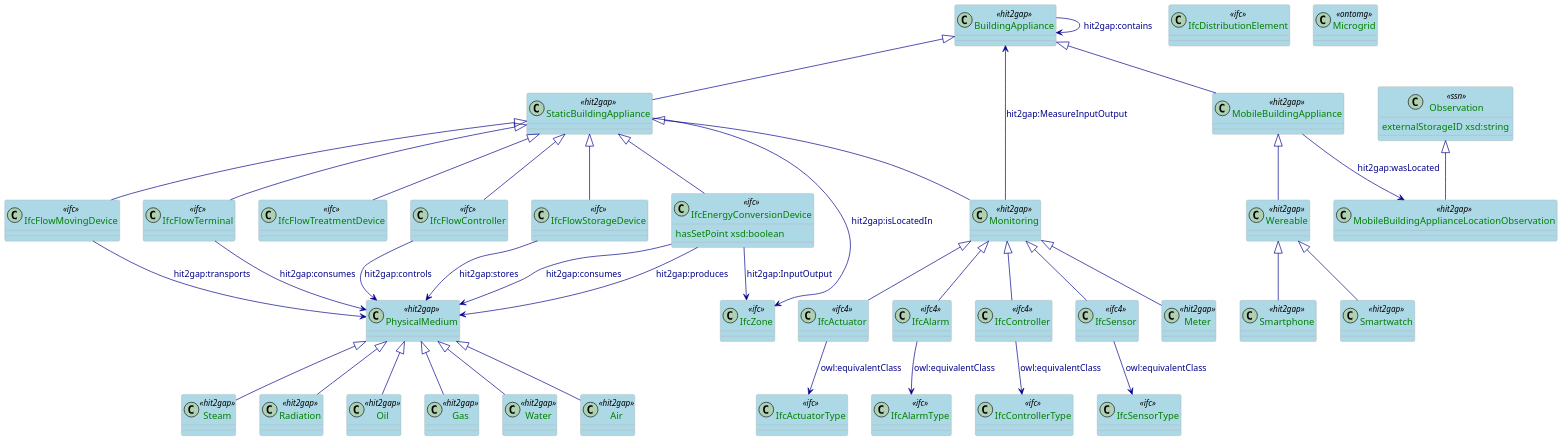
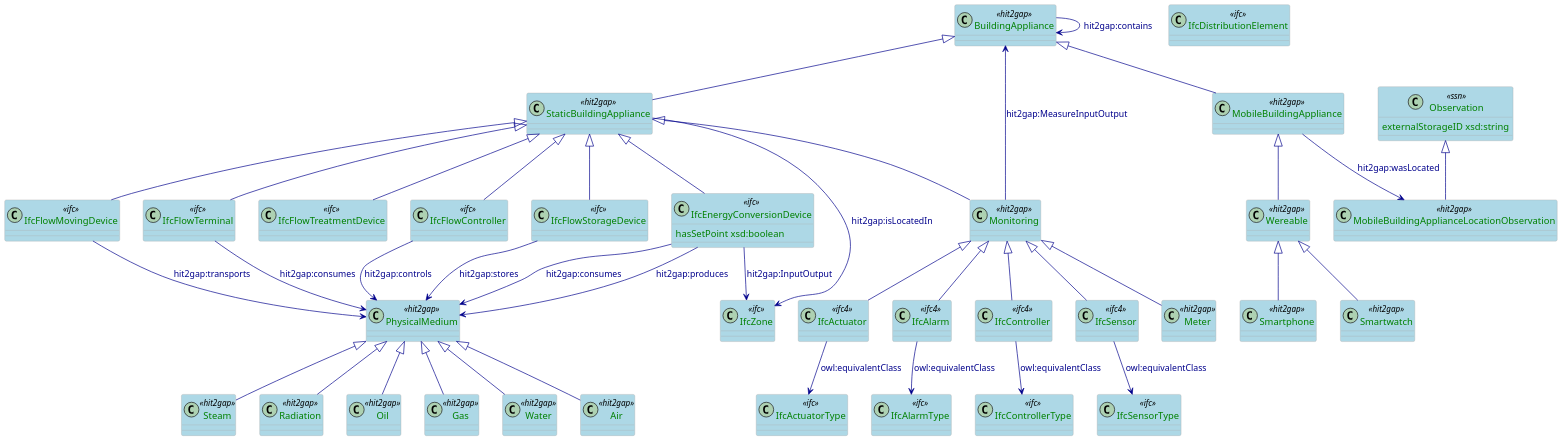
Before and after one commit to HIT2GAP-EU-PROJECT/BEMOnt: the diagram in docs/plantuml/BuildingAppliance.puml, drawn with PlantUML.

```diff
--- a/docs/plantuml/BuildingAppliance.puml
+++ b/docs/plantuml/BuildingAppliance.puml
@@ -1,114 +1,112 @@
 @startuml
 
 scale 0.5
 
 skinparam class {
   ArrowColor DarkBlue
   ArrowFontColor DarkBlue
   BackgroundColor LightBlue
   BorderColor DarkGrey
 }
 skinparam dpi 300
 skinparam stereotypeCBackgroundColor Wheat
 skinparam classAttributeFontColor  Green
 
 class BuildingAppliance <<hit2gap>>
 
 class StaticBuildingAppliance <<hit2gap>>
 class MobileBuildingAppliance <<hit2gap>>
 
 class Observation <<ssn>>  {
   externalStorageID xsd:string
 }
 
 class MobileBuildingApplianceLocationObservation <<hit2gap>>
 
 class IfcFlowTerminal <<ifc>>
 class Monitoring <<hit2gap>>
 class Wereable <<hit2gap>>
 class Smartwatch <<hit2gap>>
 class Smartphone <<hit2gap>>
 
 class IfcZone <<ifc>>
 class IfcActuator <<ifc4>>
 class IfcActuatorType <<ifc>>
 
 class IfcAlarm <<ifc4>>
 class IfcAlarmType <<ifc>>
 
 class IfcController <<ifc4>>
 class IfcControllerType <<ifc>>
 
 
 class IfcSensor <<ifc4>>
 class IfcSensorType <<ifc>>
 
 class Meter <<hit2gap>>
 
 class IfcDistributionElement <<ifc>>
 class IfcFlowStorageDevice <<ifc>>
 class IfcFlowMovingDevice <<ifc>>
 class IfcFlowController <<ifc>>
 class IfcFlowTreatmentDevice <<ifc>>
 class IfcEnergyConversionDevice <<ifc>> {
   hasSetPoint xsd:boolean
 }
-
-class Microgrid <<ontomg>>
 
 class PhysicalMedium <<hit2gap>>
 class Oil <<hit2gap>>
 class Gas <<hit2gap>>
 class Water <<hit2gap>>
 class Air <<hit2gap>>
 class Steam <<hit2gap>>
 class Radiation <<hit2gap>>
 
 BuildingAppliance <|-- StaticBuildingAppliance 
 BuildingAppliance <|-- MobileBuildingAppliance 
 
 StaticBuildingAppliance <|-- IfcFlowTerminal
 StaticBuildingAppliance <|-- Monitoring
 MobileBuildingAppliance <|-- Wereable
 StaticBuildingAppliance --> IfcZone: hit2gap:isLocatedIn
 BuildingAppliance --> BuildingAppliance: hit2gap:contains
 Monitoring --> BuildingAppliance: hit2gap:MeasureInputOutput
 IfcEnergyConversionDevice --> IfcZone: hit2gap:InputOutput
 StaticBuildingAppliance <|-- IfcFlowStorageDevice
 StaticBuildingAppliance <|-- IfcFlowMovingDevice
 StaticBuildingAppliance <|-- IfcFlowController
 StaticBuildingAppliance <|-- IfcFlowTreatmentDevice
 StaticBuildingAppliance <|-- IfcEnergyConversionDevice
 Observation <|-- MobileBuildingApplianceLocationObservation
 MobileBuildingAppliance --> MobileBuildingApplianceLocationObservation: hit2gap:wasLocated
 
 
 Wereable <|-- Smartwatch
 Wereable <|-- Smartphone
 
 Monitoring <|-- IfcSensor
 Monitoring <|-- IfcActuator
 Monitoring <|-- IfcAlarm
 Monitoring <|-- IfcController
 Monitoring <|-- Meter
 
 PhysicalMedium <|-- Oil
 PhysicalMedium <|-- Gas
 PhysicalMedium <|-- Water
 PhysicalMedium <|-- Air
 PhysicalMedium <|-- Steam
 PhysicalMedium <|-- Radiation
 
 IfcFlowMovingDevice --> PhysicalMedium: hit2gap:transports
 IfcEnergyConversionDevice --> PhysicalMedium: hit2gap:consumes
 IfcEnergyConversionDevice --> PhysicalMedium: hit2gap:produces
 IfcFlowStorageDevice --> PhysicalMedium: hit2gap:stores
 IfcFlowController --> PhysicalMedium: hit2gap:controls
 IfcFlowTerminal --> PhysicalMedium: hit2gap:consumes
 
 IfcActuator --> IfcActuatorType: owl:equivalentClass
 IfcAlarm --> IfcAlarmType: owl:equivalentClass
 IfcController --> IfcControllerType: owl:equivalentClass
 IfcSensor --> IfcSensorType: owl:equivalentClass
 
 @enduml
```
